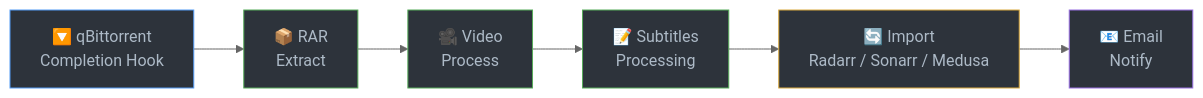
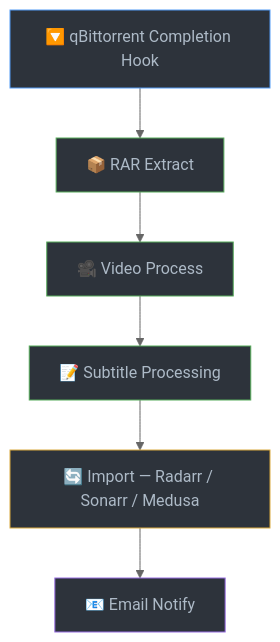
Before and after one commit to Rouzax/Stagearr-ps: the diagram in README.md, drawn with Mermaid (neutral theme).

Commit message:
Switch pipeline diagram to vertical layout

````diff
--- a/README.md
+++ b/README.md
@@ -20,15 +20,15 @@
 ```mermaid
-graph LR
-    A["🔽 qBittorrent<br/>Completion Hook"] --> B["📦 RAR<br/>Extract"]
-    B --> C["🎥 Video<br/>Process"]
-    C --> D["📝 Subtitles<br/>Processing"]
-    D --> E["🔄 Import<br/>Radarr / Sonarr / Medusa"]
-    E --> F["📧 Email<br/>Notify"]
+graph TD
+    A["🔽 qBittorrent Completion Hook"] --> B["📦 RAR Extract"]
+    B --> C["🎥 Video Process"]
+    C --> D["📝 Subtitle Processing"]
+    D --> E["🔄 Import — Radarr / Sonarr / Medusa"]
+    E --> F["📧 Email Notify"]
 
     style A fill:#2d333b,stroke:#539bf5,color:#adbac7
     style B fill:#2d333b,stroke:#57ab5a,color:#adbac7
     style C fill:#2d333b,stroke:#57ab5a,color:#adbac7
     style D fill:#2d333b,stroke:#57ab5a,color:#adbac7
     style E fill:#2d333b,stroke:#daaa3f,color:#adbac7
     style F fill:#2d333b,stroke:#986ee2,color:#adbac7
 ```
````
